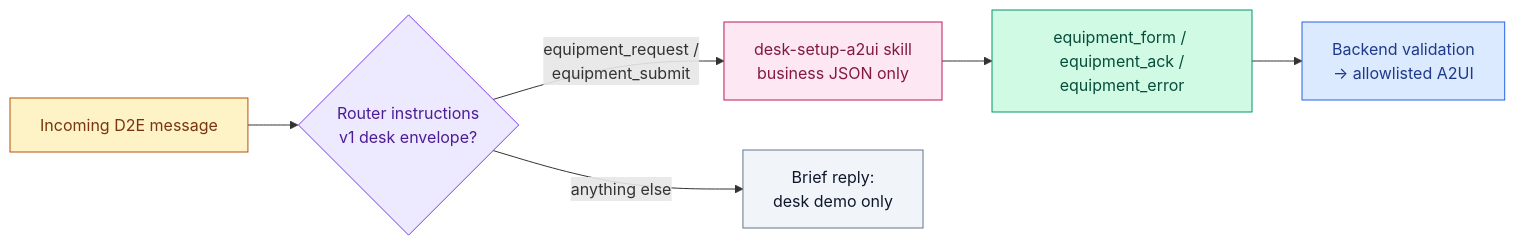
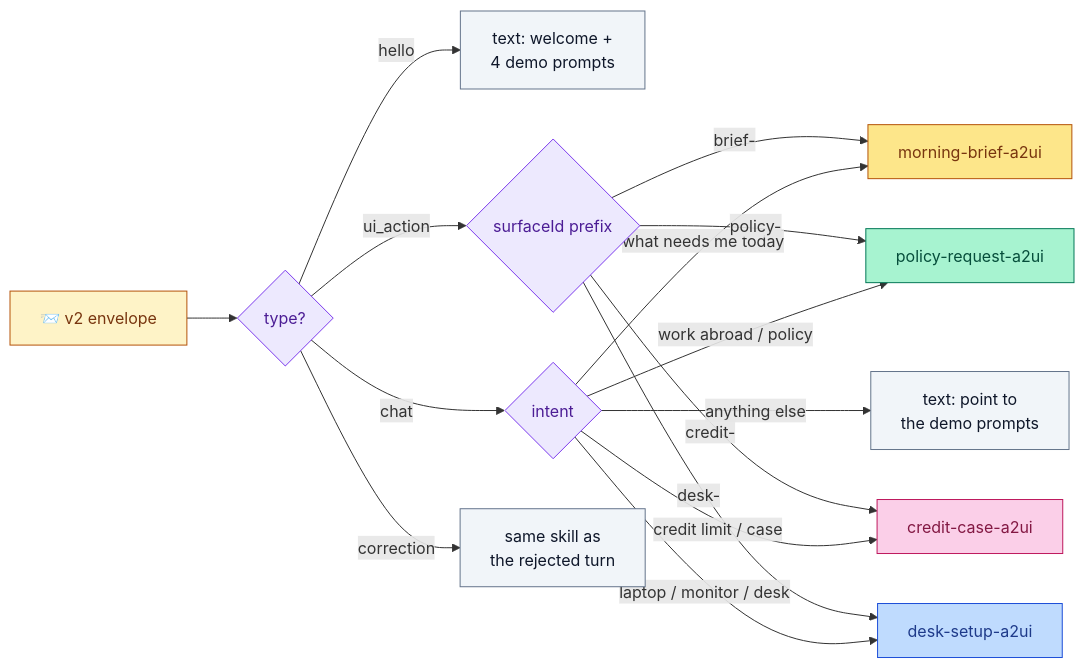
Before and after one commit to Roelzz/MCS_A2UI: the third of 4 diagrams in README.md, drawn with Mermaid. The commit also changed other lines of this file and 31 other files, not shown here.

````diff
--- a/README.md
+++ b/README.md
@@ -98,15 +151,25 @@
 ```mermaid
 flowchart LR
-    Msg["Incoming D2E message"]:::input --> Router{"Router instructions<br/>v1 desk envelope?"}:::router
-    Router -->|"equipment_request /<br/>equipment_submit"| Skill["desk-setup-a2ui skill<br/>business JSON only"]:::skill
-    Router -->|"anything else"| Refuse["Brief reply:<br/>desk demo only"]:::refuse
-    Skill --> Out["equipment_form / equipment_ack /<br/>equipment_error"]:::output
-    Out --> App["Backend validation<br/>→ allowlisted A2UI"]:::app
+    In["📨 v2 envelope"]:::input --> T{"type?"}:::router
+    T -->|hello| W["text: welcome +<br/>4 demo prompts"]:::text
+    T -->|chat| I{"intent"}:::router
+    T -->|ui_action| Pfx{"surfaceId prefix"}:::router
+    T -->|correction| Same["same skill as<br/>the rejected turn"]:::text
+    I -->|"what needs me today"| P["morning-brief-a2ui"]:::p
+    I -->|"work abroad / policy"| O["policy-request-a2ui"]:::o
+    I -->|"credit limit / case"| D["credit-case-a2ui"]:::d
+    I -->|"laptop / monitor / desk"| X["desk-setup-a2ui"]:::x
+    I -->|anything else| F["text: point to<br/>the demo prompts"]:::text
+    Pfx -->|brief-| P
+    Pfx -->|policy-| O
+    Pfx -->|credit-| D
+    Pfx -->|desk-| X
 
     classDef input fill:#fef3c7,stroke:#b45309,color:#78350f
     classDef router fill:#ede9fe,stroke:#7c3aed,color:#4c1d95
-    classDef skill fill:#fce7f3,stroke:#be185d,color:#831843
-    classDef refuse fill:#f1f5f9,stroke:#64748b,color:#0f172a
-    classDef output fill:#d1fae5,stroke:#059669,color:#064e3b
-    classDef app fill:#dbeafe,stroke:#2563eb,color:#1e3a8a
+    classDef text fill:#f1f5f9,stroke:#64748b,color:#0f172a
+    classDef p fill:#fde68a,stroke:#b45309,color:#78350f
+    classDef o fill:#a7f3d0,stroke:#047857,color:#064e3b
+    classDef d fill:#fbcfe8,stroke:#be185d,color:#831843
+    classDef x fill:#bfdbfe,stroke:#1d4ed8,color:#1e3a8a
 ```
````
